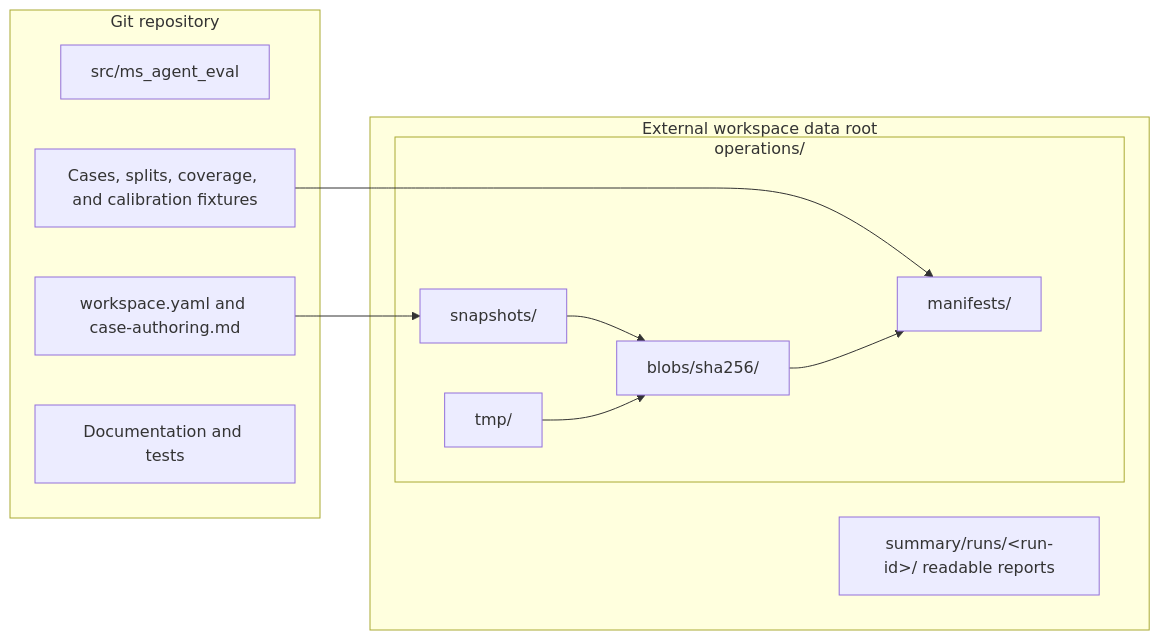
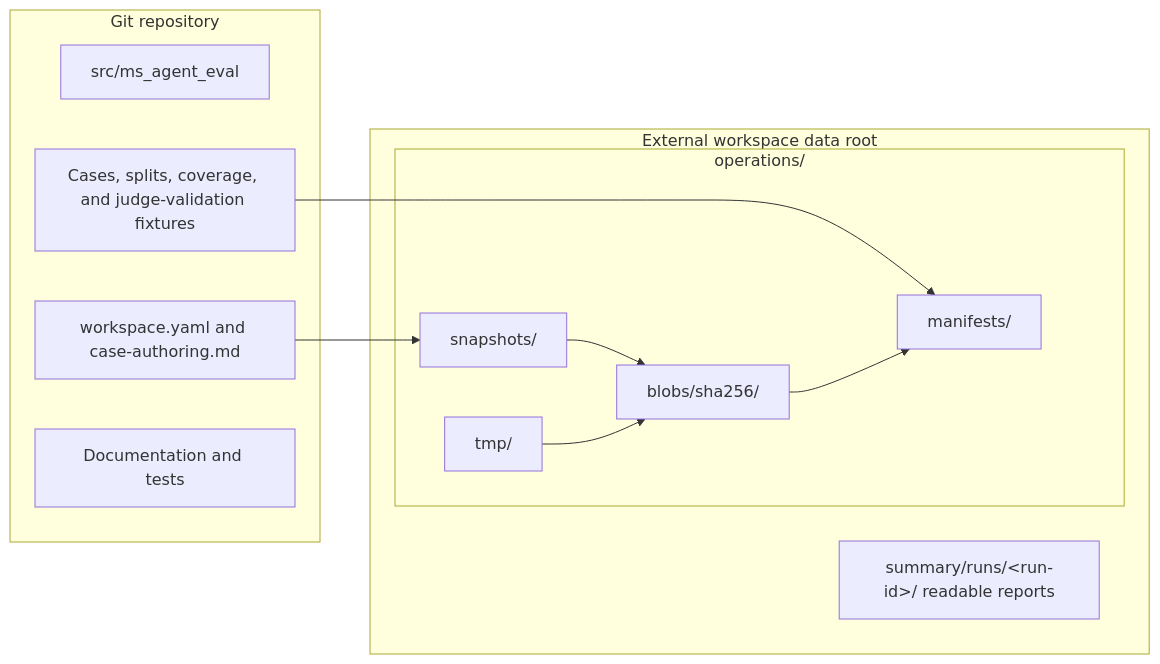
The second of 2 diagrams in docs/architecture/index.md (mainsequence-sdk/repo-agent-eval), drawn with Mermaid before and after one commit. The commit also changed other lines of this file and 1883 other files, not shown here.

````diff
--- a/docs/architecture/index.md
+++ b/docs/architecture/index.md
@@ -58,25 +58,25 @@
 ```mermaid
 flowchart LR
     subgraph Repository[Git repository]
         Code[src/ms_agent_eval]
         Definition[workspace.yaml and case-authoring.md]
-        Corpus[Cases, splits, coverage, and calibration fixtures]
+        Corpus[Cases, splits, coverage, and judge-validation fixtures]
         Docs[Documentation and tests]
     end
 
     subgraph External[External workspace data root]
         subgraph Operations[operations/]
             SnapshotStore[snapshots/]
             BlobStore[blobs/sha256/]
             Manifests[manifests/]
             Temporary[tmp/]
         end
         Summary[summary/runs/&lt;run-id&gt;/ readable reports]
     end
 
     Definition --> SnapshotStore
     Corpus --> Manifests
     SnapshotStore --> BlobStore
     BlobStore --> Manifests
     Temporary --> BlobStore
 ```
````
